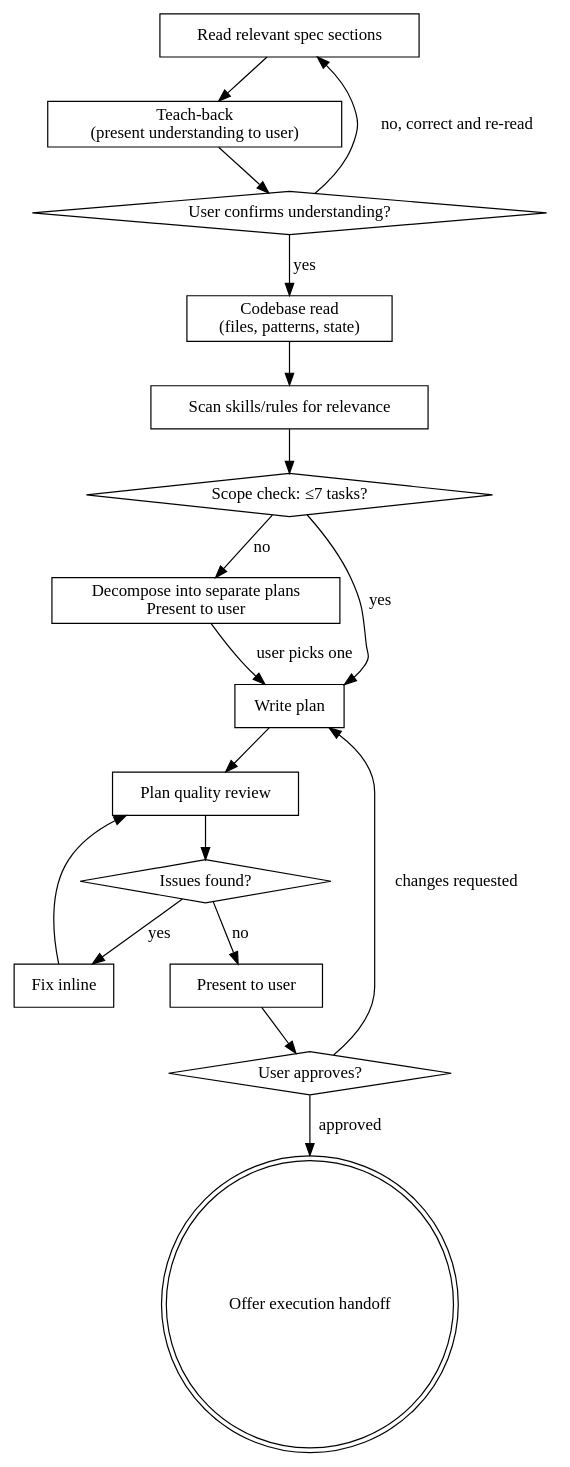
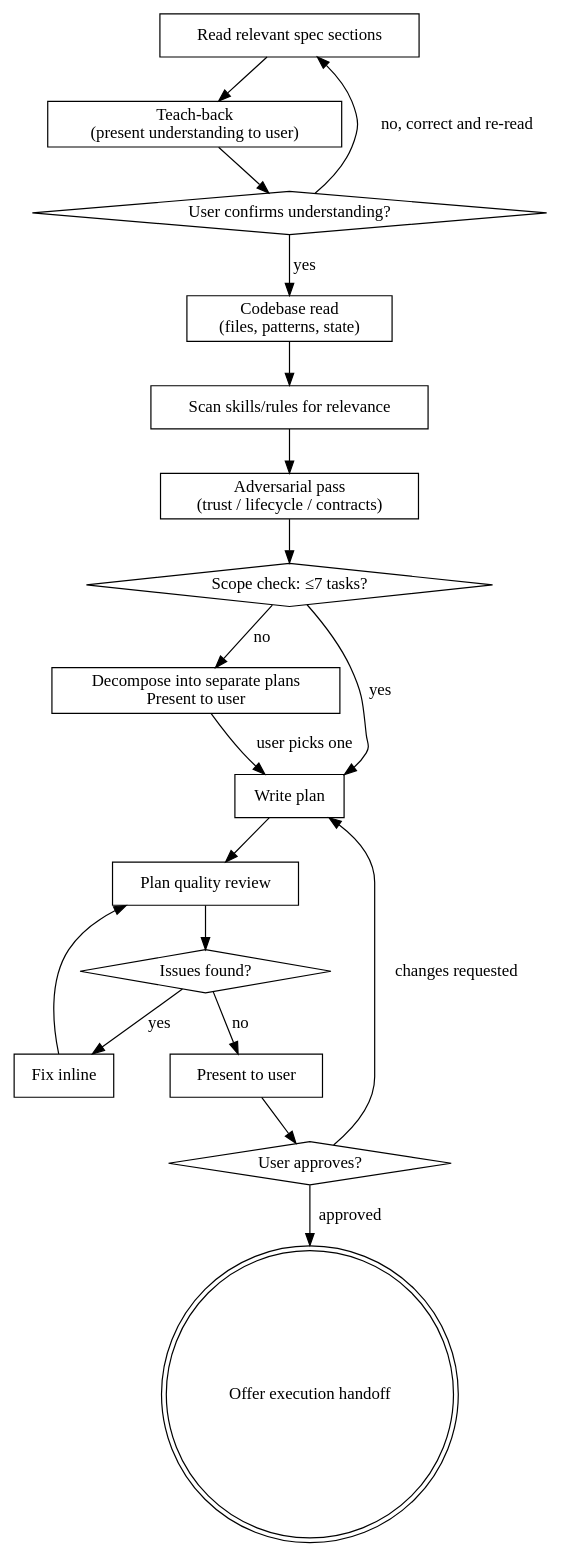
Before and after one commit to bflemi3/project-landlord: the diagram in .claude/skills/planning/SKILL.md, drawn with Graphviz. The commit also changed other lines of this file and 2 other files, not shown here.

First line of the commit message:
Add authorization-and-lifecycle rule + planning adversarial pass

````diff
--- a/.claude/skills/planning/SKILL.md
+++ b/.claude/skills/planning/SKILL.md
@@ -24,36 +24,38 @@
 ```dot
 digraph planning {
   "Read relevant spec sections" [shape=box];
   "Teach-back\n(present understanding to user)" [shape=box];
   "User confirms understanding?" [shape=diamond];
   "Codebase read\n(files, patterns, state)" [shape=box];
   "Scan skills/rules for relevance" [shape=box];
+  "Adversarial pass\n(trust / lifecycle / contracts)" [shape=box];
   "Scope check: ≤7 tasks?" [shape=diamond];
   "Decompose into separate plans\nPresent to user" [shape=box];
   "Write plan" [shape=box];
   "Plan quality review" [shape=box];
   "Issues found?" [shape=diamond];
   "Fix inline" [shape=box];
   "Present to user" [shape=box];
   "User approves?" [shape=diamond];
   "Offer execution handoff" [shape=doublecircle];
 
   "Read relevant spec sections" -> "Teach-back\n(present understanding to user)";
   "Teach-back\n(present understanding to user)" -> "User confirms understanding?";
   "User confirms understanding?" -> "Codebase read\n(files, patterns, state)" [label="yes"];
   "User confirms understanding?" -> "Read relevant spec sections" [label="no, correct and re-read"];
   "Codebase read\n(files, patterns, state)" -> "Scan skills/rules for relevance";
-  "Scan skills/rules for relevance" -> "Scope check: ≤7 tasks?";
+  "Scan skills/rules for relevance" -> "Adversarial pass\n(trust / lifecycle / contracts)";
+  "Adversarial pass\n(trust / lifecycle / contracts)" -> "Scope check: ≤7 tasks?";
   "Scope check: ≤7 tasks?" -> "Write plan" [label="yes"];
   "Scope check: ≤7 tasks?" -> "Decompose into separate plans\nPresent to user" [label="no"];
   "Decompose into separate plans\nPresent to user" -> "Write plan" [label="user picks one"];
   "Write plan" -> "Plan quality review";
   "Plan quality review" -> "Issues found?";
   "Issues found?" -> "Fix inline" [label="yes"];
   "Fix inline" -> "Plan quality review";
   "Issues found?" -> "Present to user" [label="no"];
   "Present to user" -> "User approves?";
   "User approves?" -> "Write plan" [label="changes requested"];
   "User approves?" -> "Offer execution handoff" [label="approved"];
 }
 ```
````
